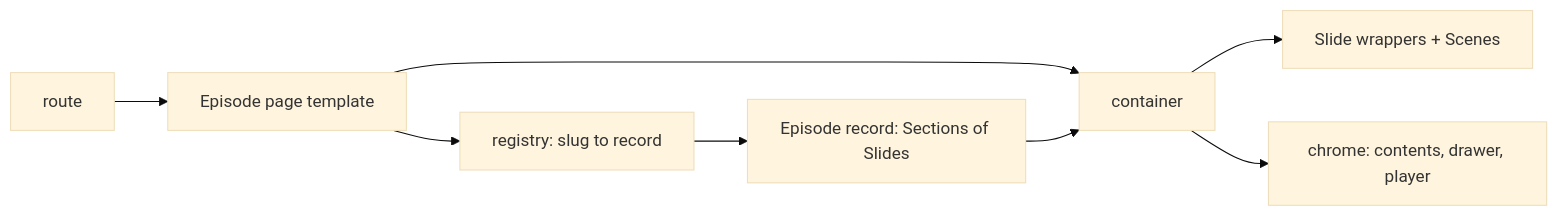
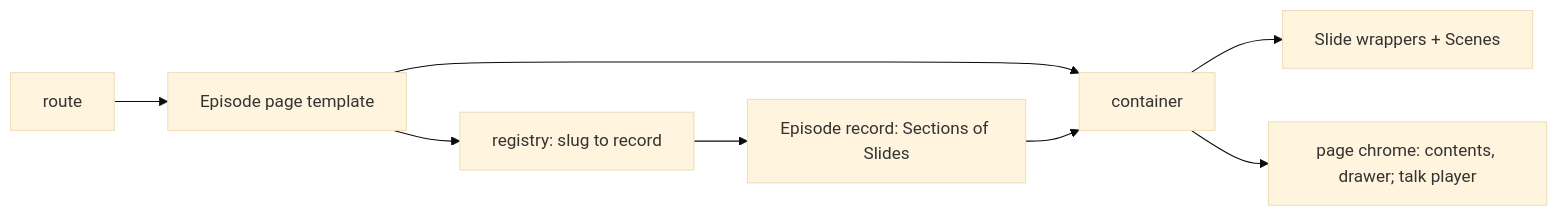
One commit to hancrafted/content-library changed the third of 5 diagrams in .archgate/adrs/FE-004-slide-architecture.md. Above: the diagram before and after it, drawn with Mermaid (base theme). The commit also changed other lines of this file and 613 other files, not shown here.

````diff
--- a/.archgate/adrs/FE-004-slide-architecture.md
+++ b/.archgate/adrs/FE-004-slide-architecture.md
@@ -59,10 +62,10 @@
 ```mermaid
 flowchart LR
   R["route"] --> P["Episode page template"]
   P --> REG["registry: slug to record"]
   REG --> REC["Episode record: Sections of Slides"]
   P --> C["container"]
   REC --> C
   C --> W["Slide wrappers + Scenes"]
-  C --> CH["chrome: contents, drawer, player"]
+  C --> CH["page chrome: contents, drawer; talk player"]
 ```
````
